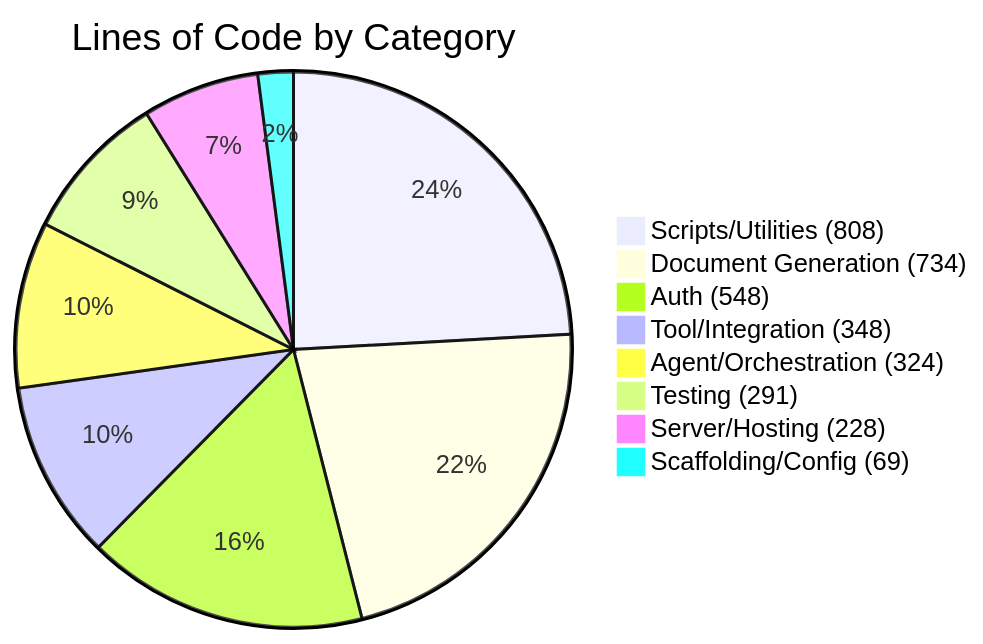
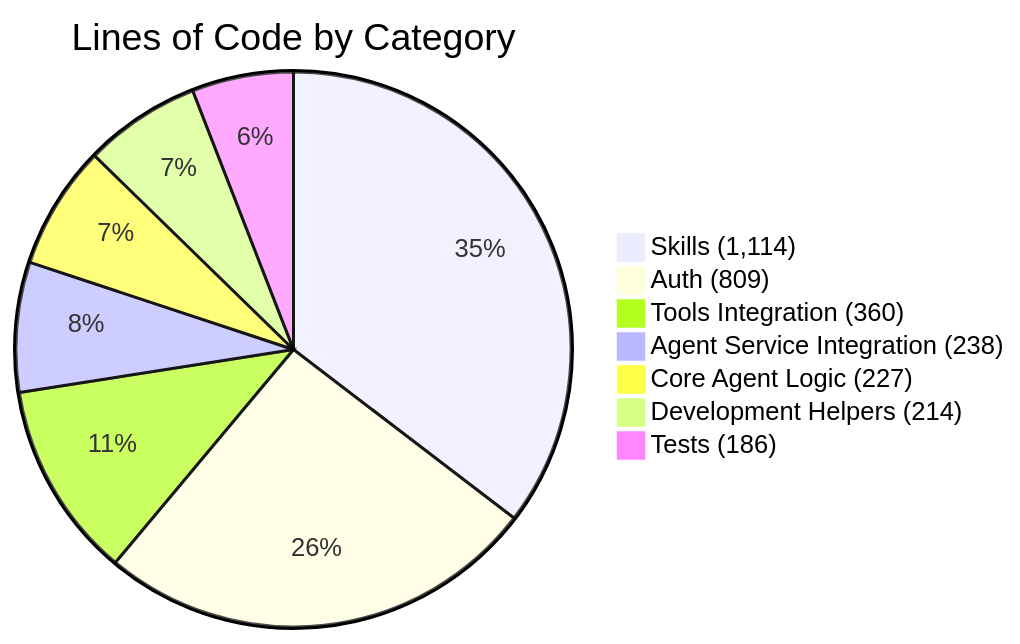
Before and after one commit to jeffhollan/sales-pitch-demo: the first of 4 diagrams in code-analysis-report.md, drawn with Mermaid. The commit also changed other lines of this file and 1 other file, not shown here.

````diff
--- a/code-analysis-report.md
+++ b/code-analysis-report.md
@@ -11,11 +13,10 @@
 ```mermaid
 pie title Lines of Code by Category
-    "Scripts/Utilities (808)" : 808
-    "Document Generation (734)" : 734
-    "Auth (548)" : 548
-    "Tool/Integration (348)" : 348
-    "Agent/Orchestration (324)" : 324
-    "Testing (291)" : 291
-    "Server/Hosting (228)" : 228
-    "Scaffolding/Config (69)" : 69
+    "Skills (1,114)" : 1114
+    "Auth (809)" : 809
+    "Tools Integration (360)" : 360
+    "Agent Service Integration (238)" : 238
+    "Core Agent Logic (227)" : 227
+    "Development Helpers (214)" : 214
+    "Tests (186)" : 186
 ```
````
